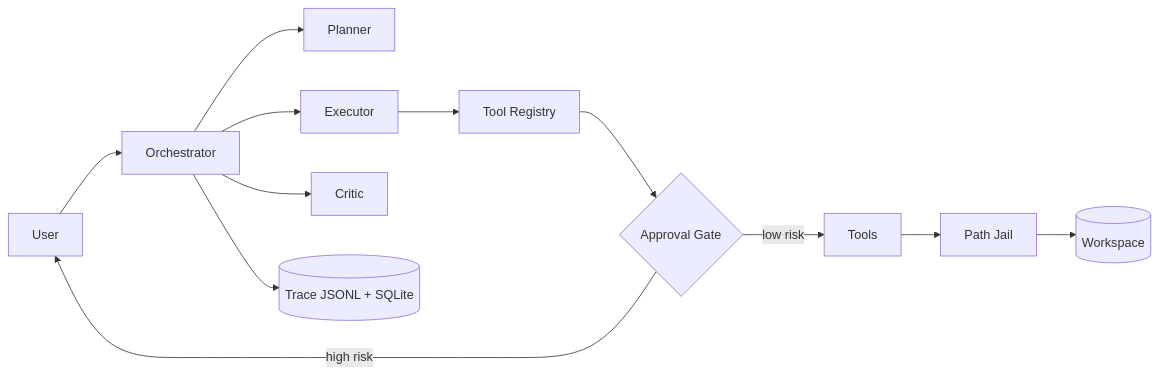
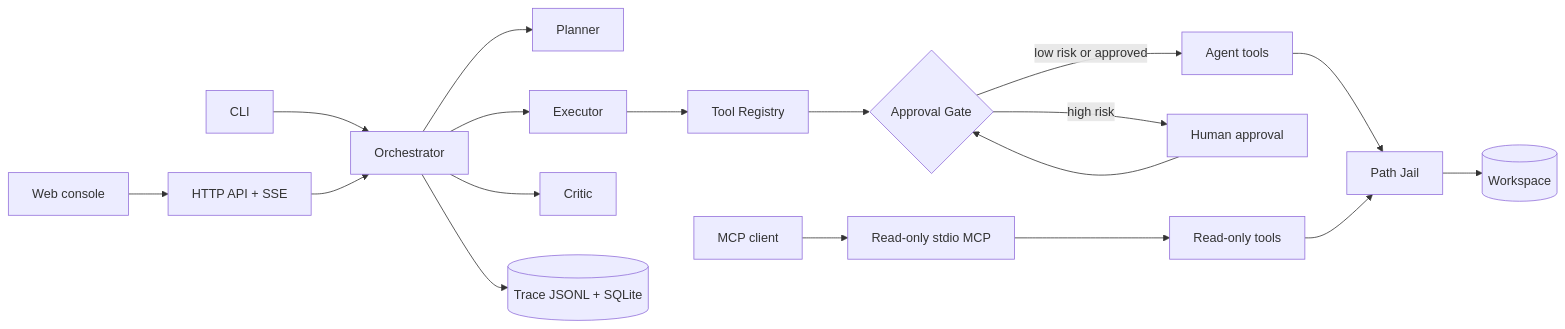
Before and after one commit to Jhy13294/RepoPilot-AI-Codebase-Agent: the diagram in README.md, drawn with Mermaid. The commit also changed other lines of this file and 7 other files, not shown here.

````diff
--- a/README.md
+++ b/README.md
@@ -43,11 +69,14 @@
 ```mermaid
 flowchart LR
-    U[User] --> ORCH[Orchestrator]
+    CLI[CLI] --> ORCH[Orchestrator]
+    CONSOLE[Web console] --> API[HTTP API + SSE] --> ORCH
     ORCH --> PL[Planner] & EX[Executor] & CR[Critic]
     EX --> REG[Tool Registry]
     REG --> GATE{Approval Gate}
-    GATE -->|low risk| T[Tools]
-    GATE -->|high risk| U
+    GATE -->|low risk or approved| T[Agent tools]
+    GATE -->|high risk| HUMAN[Human approval]
+    HUMAN --> GATE
     T --> JAIL[Path Jail] --> WS[(Workspace)]
+    MCPCLIENT[MCP client] --> MCP[Read-only stdio MCP] --> RO[Read-only tools] --> JAIL
     ORCH --> TR[(Trace JSONL + SQLite)]
 ```
````
